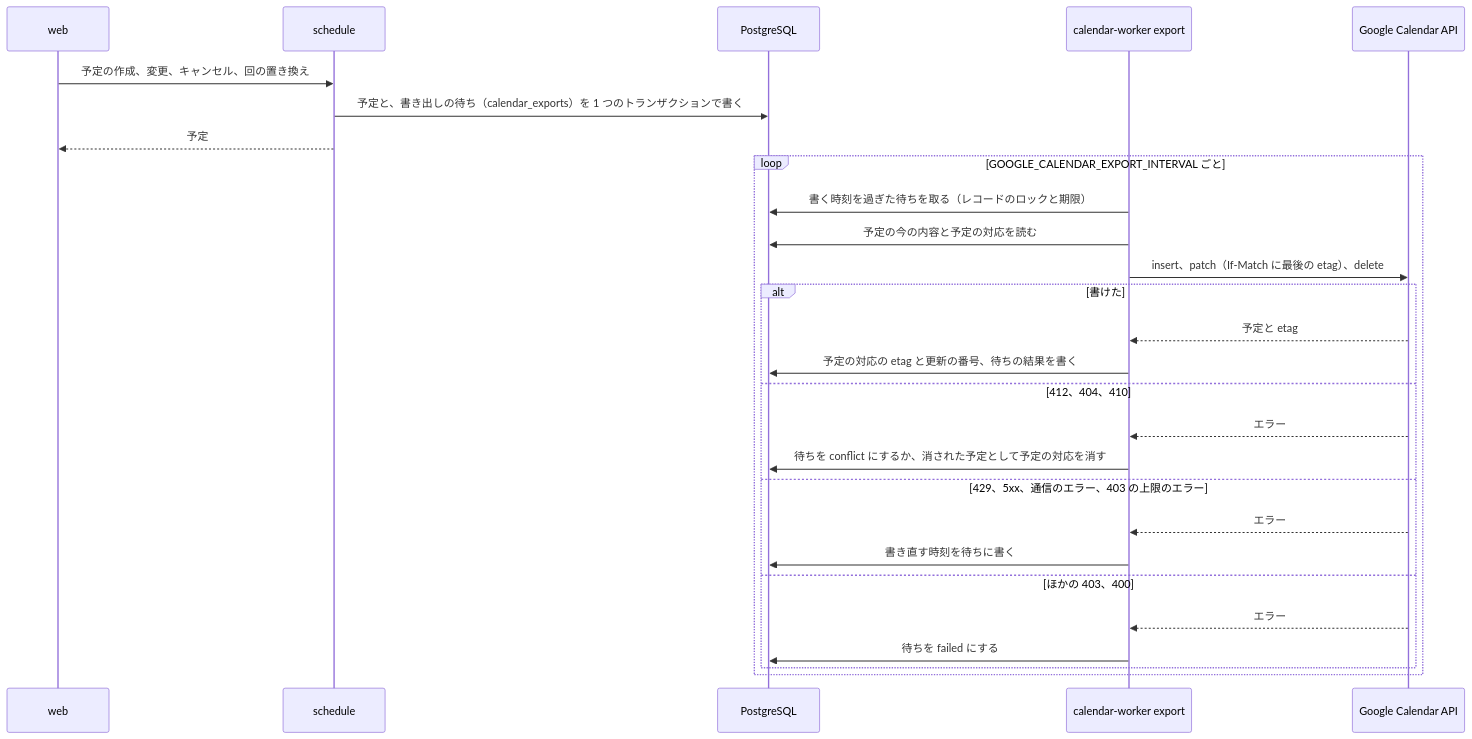
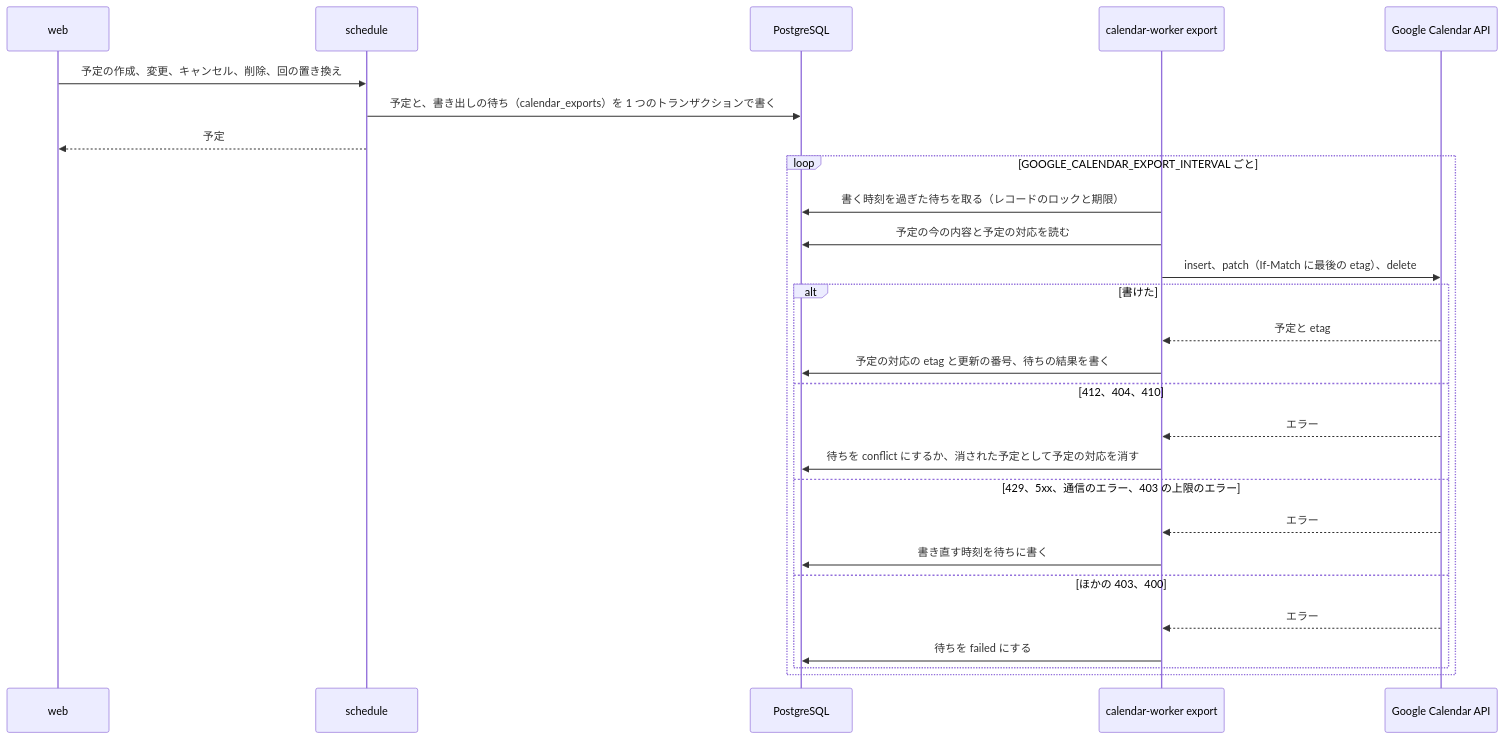
Before and after one commit to Fukuemon/buddy: the third of 8 diagrams in services/schedule/internal/features/calendar/DesignDoc.md, drawn with Mermaid. The commit also changed other lines of this file and 2 other files, not shown here.

````diff
--- a/services/schedule/internal/features/calendar/DesignDoc.md
+++ b/services/schedule/internal/features/calendar/DesignDoc.md
@@ -446,29 +446,29 @@
 ```mermaid
 sequenceDiagram
   participant web
   participant api as schedule
   participant db as PostgreSQL
   participant x as calendar-worker export
   participant g as Google Calendar API
-  web->>api: 予定の作成、変更、キャンセル、回の置き換え
+  web->>api: 予定の作成、変更、キャンセル、削除、回の置き換え
   api->>db: 予定と、書き出しの待ち（calendar_exports）を 1 つのトランザクションで書く
   api-->>web: 予定
   loop GOOGLE_CALENDAR_EXPORT_INTERVAL ごと
     x->>db: 書く時刻を過ぎた待ちを取る（レコードのロックと期限）
     x->>db: 予定の今の内容と予定の対応を読む
     x->>g: insert、patch（If-Match に最後の etag）、delete
     alt 書けた
       g-->>x: 予定と etag
       x->>db: 予定の対応の etag と更新の番号、待ちの結果を書く
     else 412、404、410
       g-->>x: エラー
       x->>db: 待ちを conflict にするか、消された予定として予定の対応を消す
     else 429、5xx、通信のエラー、403 の上限のエラー
       g-->>x: エラー
       x->>db: 書き直す時刻を待ちに書く
     else ほかの 403、400
       g-->>x: エラー
       x->>db: 待ちを failed にする
     end
   end
 ```
````
